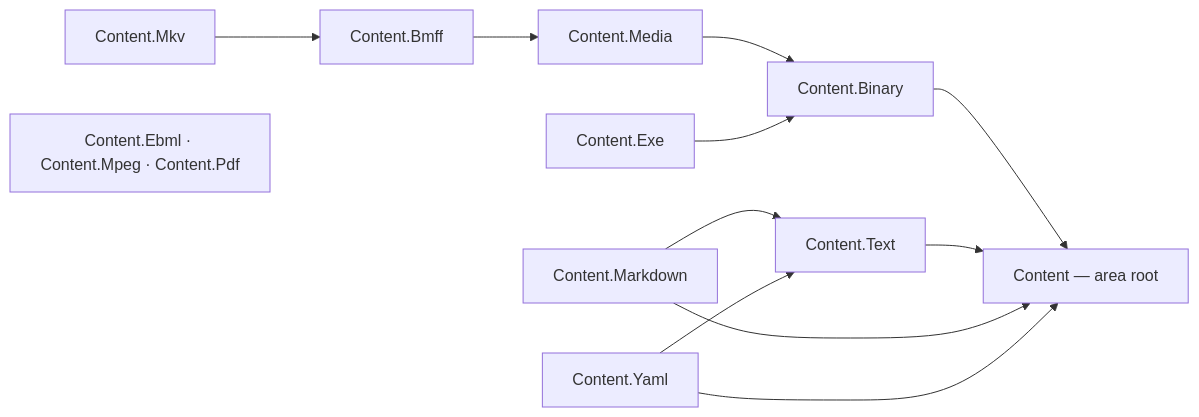
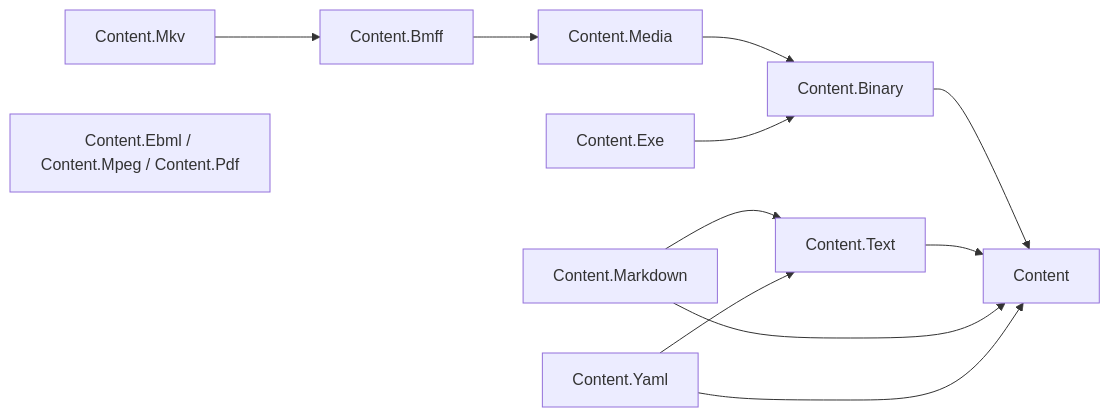
One commit to assimalign/cohesion changed the diagram in libraries/Content/README.md. Above: the diagram before and after it, drawn with Mermaid. The commit also changed other lines of this file and 3 other files, not shown here.

First line of the commit message:
docs(content): classify the Content packages in the area README [L01.01.05.01.01]

````diff
--- a/libraries/Content/README.md
+++ b/libraries/Content/README.md
@@ -16,23 +13,23 @@
 ```mermaid
 flowchart LR
-    Root["Content — area root"]
+    Root["Content"]
     Binary["Content.Binary"]
     Text["Content.Text"]
     Media["Content.Media"]
     Bmff["Content.Bmff"]
     Mkv["Content.Mkv"]
     Exe["Content.Exe"]
     Markdown["Content.Markdown"]
     Yaml["Content.Yaml"]
-    Standalone["Content.Ebml · Content.Mpeg · Content.Pdf"]
+    Standalone["Content.Ebml / Content.Mpeg / Content.Pdf"]
     Binary --> Root
     Text --> Root
     Media --> Binary
     Bmff --> Media
     Mkv --> Bmff
     Exe --> Binary
     Markdown --> Root
     Markdown --> Text
     Yaml --> Root
     Yaml --> Text
 ```
````
